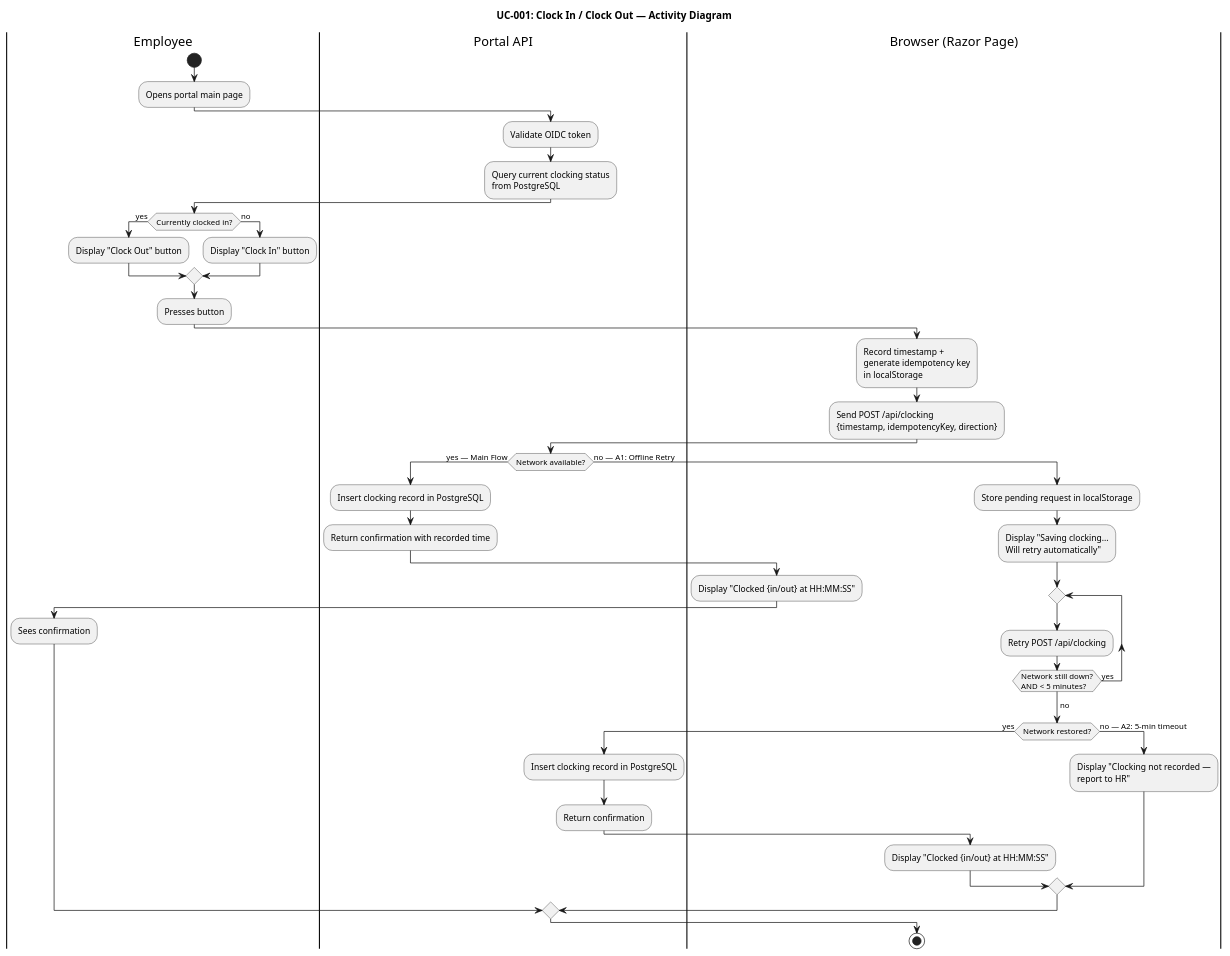
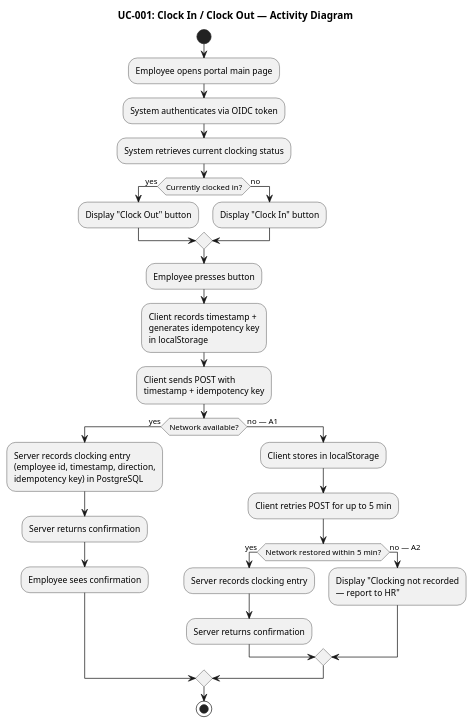
Before and after one commit to banense-test/portal-cuba-corp: the second of 12 diagrams in docs/artifacts/requirements/use-case-model.md, drawn with PlantUML. The commit also changed other lines of this file, not shown here.

First line of the commit message:
System Analyst [C2]: upsert Use-Case Model

````diff
--- a/docs/artifacts/requirements/use-case-model.md
+++ b/docs/artifacts/requirements/use-case-model.md
@@ -136,49 +136,39 @@
 ```plantuml
 @startuml
 title UC-001: Clock In / Clock Out — Activity Diagram
 
-|Employee|
 start
-:Opens portal main page;
-|Portal API|
-:Validate OIDC token;
-:Query current clocking status\nfrom PostgreSQL;
-|Employee|
+:Employee opens portal main page;
+:System authenticates via OIDC token;
+:System retrieves current clocking status;
 if (Currently clocked in?) then (yes)
   :Display "Clock Out" button;
 else (no)
   :Display "Clock In" button;
 endif
-:Presses button;
-|Browser (Razor Page)|
-:Record timestamp +\ngenerate idempotency key\nin localStorage;
-:Send POST /api/clocking\n{timestamp, idempotencyKey, direction};
-|Portal API|
-if (Network available?) then (yes — Main Flow)
-  :Insert clocking record in PostgreSQL;
-  :Return confirmation with recorded time;
-  |Browser (Razor Page)|
-  :Display "Clocked {in/out} at HH:MM:SS";
-  |Employee|
-  :Sees confirmation;
-else (no — A1: Offline Retry)
-  |Browser (Razor Page)|
-  :Store pending request in localStorage;
-  :Display "Saving clocking...\nWill retry automatically";
-  repeat
-    :Retry POST /api/clocking;
-  repeat while (Network still down?\nAND < 5 minutes?) is (yes)
-  -> no;
-  if (Network restored?) then (yes)
-    |Portal API|
-    :Insert clocking record in PostgreSQL;
-    :Return confirmation;
-    |Browser (Razor Page)|
-    :Display "Clocked {in/out} at HH:MM:SS";
-  else (no — A2: 5-min timeout)
-    :Display "Clocking not recorded —\nreport to HR";
+:Employee presses button;
+:Client records timestamp +
+generates idempotency key
+in localStorage;
+:Client sends POST with
+timestamp + idempotency key;
+if (Network available?) then (yes)
+  :Server records clocking entry
+  (employee id, timestamp, direction,
+  idempotency key) in PostgreSQL;
+  :Server returns confirmation;
+  :Employee sees confirmation;
+else (no — A1)
+  :Client stores in localStorage;
+  :Client retries POST for up to 5 min;
+  if (Network restored within 5 min?) then (yes)
+    :Server records clocking entry;
+    :Server returns confirmation;
+  else (no — A2)
+    :Display "Clocking not recorded
+    — report to HR";
   endif
 endif
 stop
 @enduml
 ```
````
